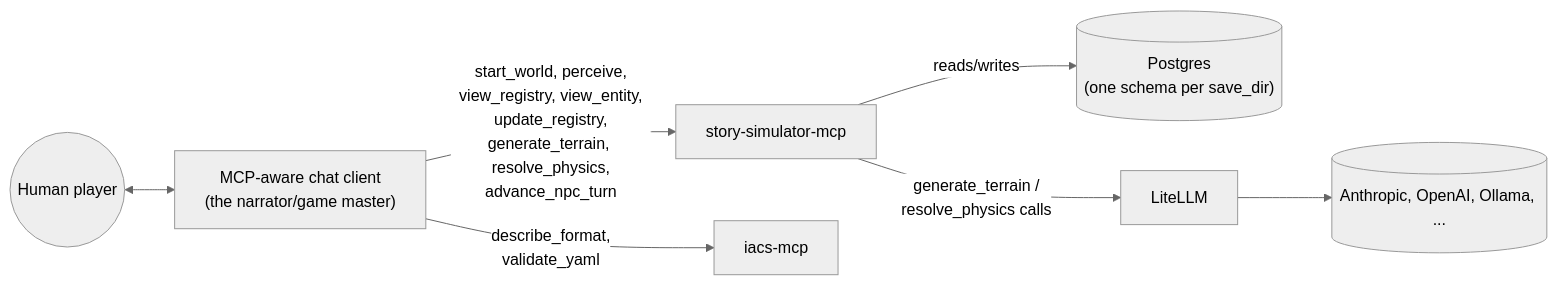
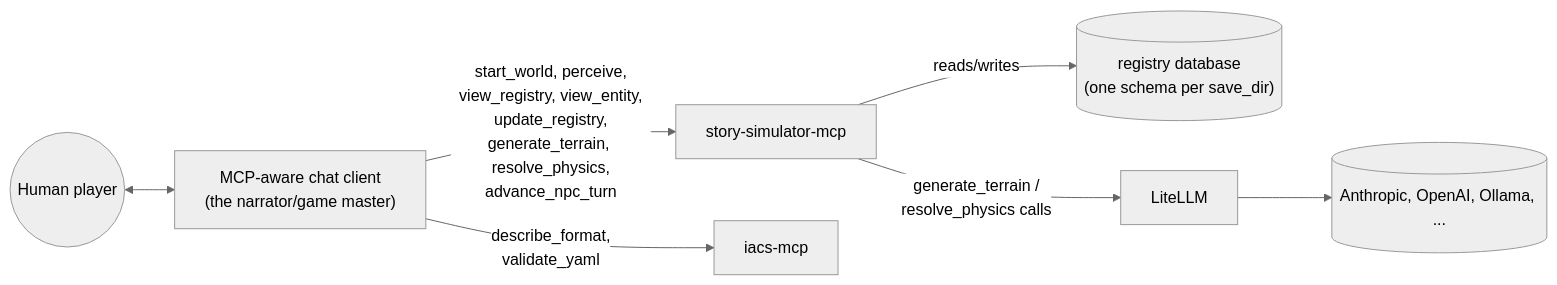
Before and after one commit to zhafen/story-simulator: the first of 2 diagrams in docs/architecture.md, drawn with Mermaid (neutral theme). The commit also changed 5 other files, not shown here.

First line of the commit message:
Generalize registry-database naming away from Postgres specifically

````diff
--- a/docs/architecture.md
+++ b/docs/architecture.md
@@ -12,9 +12,9 @@
 ```mermaid
 flowchart LR
     Human(("Human player")) <--> Client["MCP-aware chat client<br/>(the narrator/game master)"]
     Client -- "start_world, perceive,<br/>view_registry, view_entity,<br/>update_registry,<br/>generate_terrain, resolve_physics,<br/>advance_npc_turn" --> Server["story-simulator-mcp"]
     Client -- "describe_format,<br/>validate_yaml" --> Iacs["iacs-mcp"]
-    Server -- "reads/writes" --> DB[("Postgres<br/>(one schema per save_dir)")]
+    Server -- "reads/writes" --> DB[("registry database<br/>(one schema per save_dir)")]
     Server -- "generate_terrain /<br/>resolve_physics calls" --> LiteLLM
     LiteLLM --> Provider[("Anthropic, OpenAI, Ollama, ...")]
 ```
````
